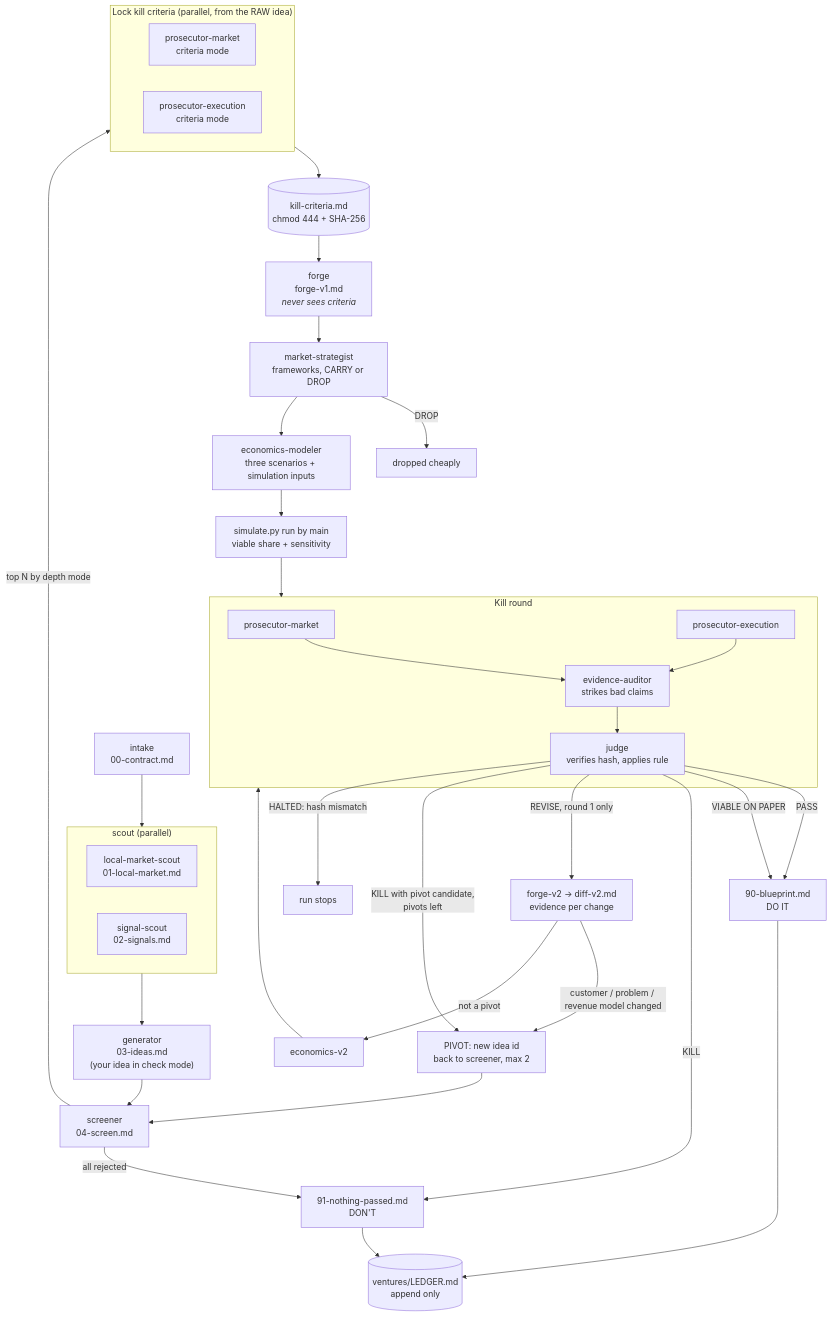
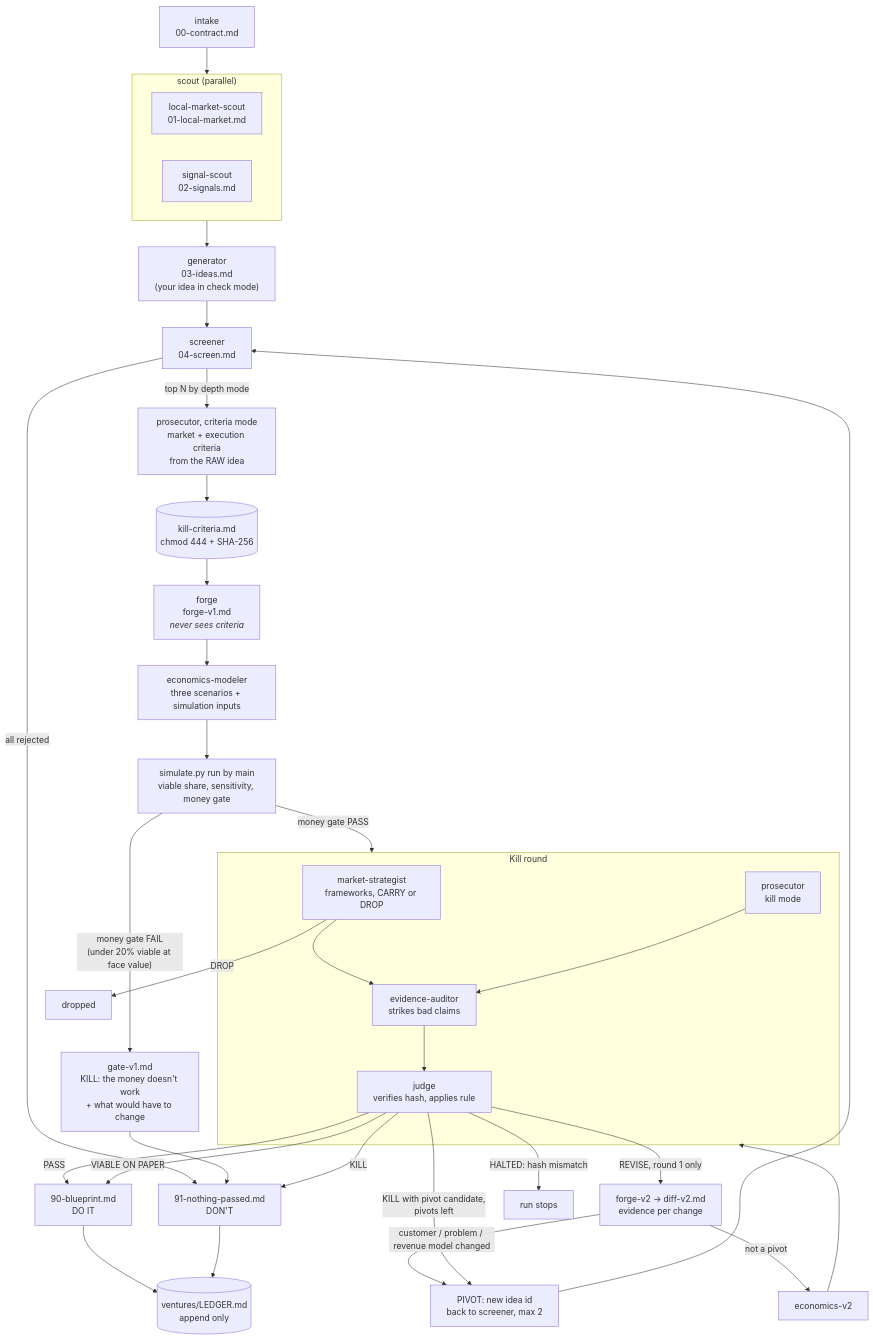
One commit to ansharora2028-spec/founders-lab changed the diagram in README.md. Above: the diagram before and after it, drawn with Mermaid. The commit also changed other lines of this file and 67 other files, not shown here.

First line of the commit message:
v0.7.0: money gate first, one prosecutor, strategist in parallel, per-agent schemas

````diff
--- a/README.md
+++ b/README.md
@@ -201,41 +210,39 @@
 ```mermaid
 flowchart TD
     A["intake<br/>00-contract.md"] --> B
     subgraph B["scout (parallel)"]
         B1[local-market-scout<br/>01-local-market.md]
         B2[signal-scout<br/>02-signals.md]
     end
     B --> C["generator<br/>03-ideas.md<br/>(your idea in check mode)"]
     C --> D[screener<br/>04-screen.md]
     D -->|top N by depth mode| E
     D -->|all rejected| N
-    subgraph E["Lock kill criteria (parallel, from the RAW idea)"]
-        E1[prosecutor-market<br/>criteria mode]
-        E2[prosecutor-execution<br/>criteria mode]
-    end
+    E["prosecutor, criteria mode<br/>market + execution criteria<br/>from the RAW idea"]
     E --> L[(kill-criteria.md<br/>chmod 444 + SHA-256)]
     L --> F[forge<br/>forge-v1.md<br/><i>never sees criteria</i>]
-    F --> ST[market-strategist<br/>frameworks, CARRY or DROP]
-    ST -->|DROP| DR[dropped cheaply]
-    ST --> G[economics-modeler<br/>three scenarios + simulation inputs]
-    G --> SIM[simulate.py run by main<br/>viable share + sensitivity]
-    SIM --> K
+    F --> G[economics-modeler<br/>three scenarios + simulation inputs]
+    G --> SIM[simulate.py run by main<br/>viable share, sensitivity, money gate]
+    SIM -->|"money gate FAIL<br/>(under 20% viable at face value)"| GT["gate-v1.md<br/>KILL: the money doesn't work<br/>+ what would have to change"]
+    GT --> N
+    SIM -->|money gate PASS| K
     subgraph K["Kill round"]
-        K1[prosecutor-market]
-        K2[prosecutor-execution]
-        K1 --> K3[evidence-auditor<br/>strikes bad claims]
-        K2 --> K3
+        K0[market-strategist<br/>frameworks, CARRY or DROP]
+        K1[prosecutor<br/>kill mode]
+        K0 --> K3[evidence-auditor<br/>strikes bad claims]
+        K1 --> K3
         K3 --> K4[judge<br/>verifies hash, applies rule]
     end
+    K0 -->|DROP| DR[dropped]
     K4 -->|PASS| P["90-blueprint.md<br/>DO IT"]
     K4 -->|VIABLE ON PAPER| P
     K4 -->|KILL| N["91-nothing-passed.md<br/>DON'T"]
     K4 -->|REVISE, round 1 only| R[forge-v2 → diff-v2.md<br/>evidence per change]
     R -->|customer / problem / revenue model changed| PV[PIVOT: new idea id<br/>back to screener, max 2]
     K4 -->|KILL with pivot candidate,<br/>pivots left| PV
     PV --> D
     R -->|not a pivot| G2[economics-v2] --> K
     K4 -->|HALTED: hash mismatch| H[run stops]
     P --> LG[(ventures/LEDGER.md<br/>append only)]
     N --> LG
 ```
````
